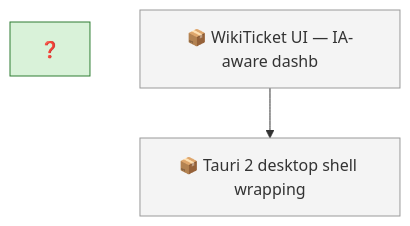
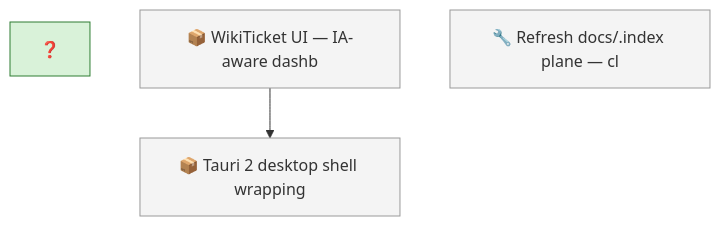
One commit to SpillwaveSolutions/wiki_ticket_sdd_ui changed the first of 2 diagrams in docs/roadmap.md. Above: the diagram before and after it, drawn with Mermaid. The commit also changed other lines of this file and 1 other file, not shown here.

First line of the commit message:
chore: file docs/.index refresh as unplanned work (#14)

````diff
--- a/docs/roadmap.md
+++ b/docs/roadmap.md
@@ -47,11 +51,12 @@
 ```mermaid
 graph TD
     01KY5ZZX["❓ "]
     01KY5ZZX8YXD5YDJKQGJ3VCCHN["📦 WikiTicket UI — IA-aware dashb"]
     01KY5ZZX8Z46K7BCSPPFKN23JZ["📦 Tauri 2 desktop shell wrapping"]
+    01KYAH5VKVZZF2Q4T0AF2ZYJG0["🔧 Refresh docs/.index plane — cl"]
     01KY5ZZX8YXD5YDJKQGJ3VCCHN --> 01KY5ZZX8Z46K7BCSPPFKN23JZ
     classDef todo fill:#f4f4f4,stroke:#999999
-    class 01KY5ZZX8YXD5YDJKQGJ3VCCHN,01KY5ZZX8Z46K7BCSPPFKN23JZ todo
+    class 01KY5ZZX8YXD5YDJKQGJ3VCCHN,01KY5ZZX8Z46K7BCSPPFKN23JZ,01KYAH5VKVZZF2Q4T0AF2ZYJG0 todo
     classDef in_progress fill:#d9f2d9,stroke:#2e7d32
     class 01KY5ZZX in_progress
 ```
````
